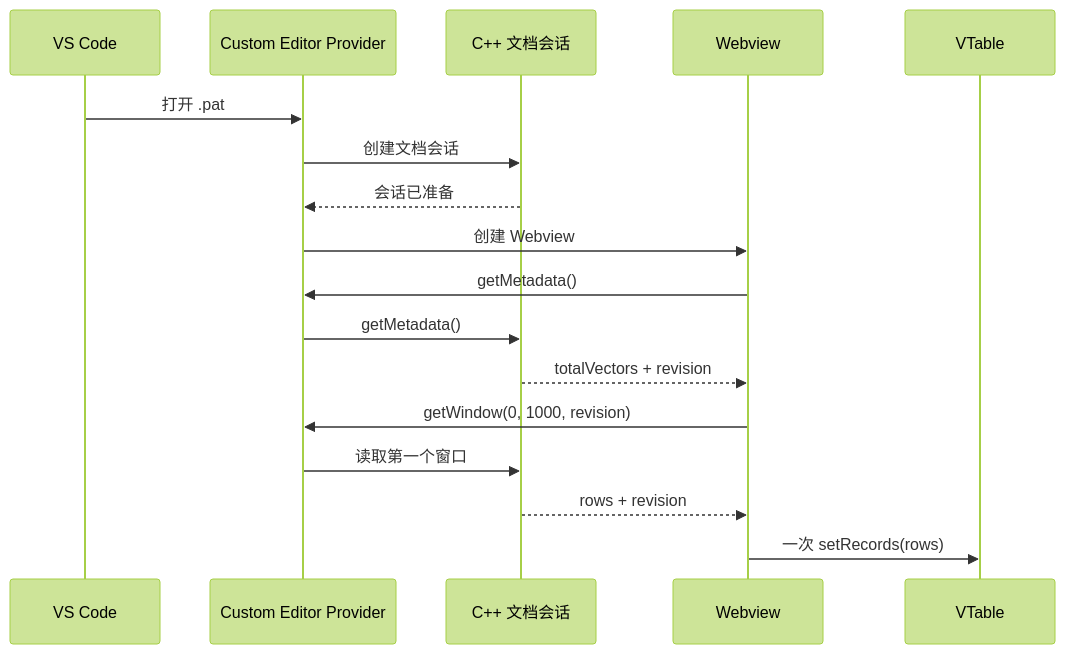
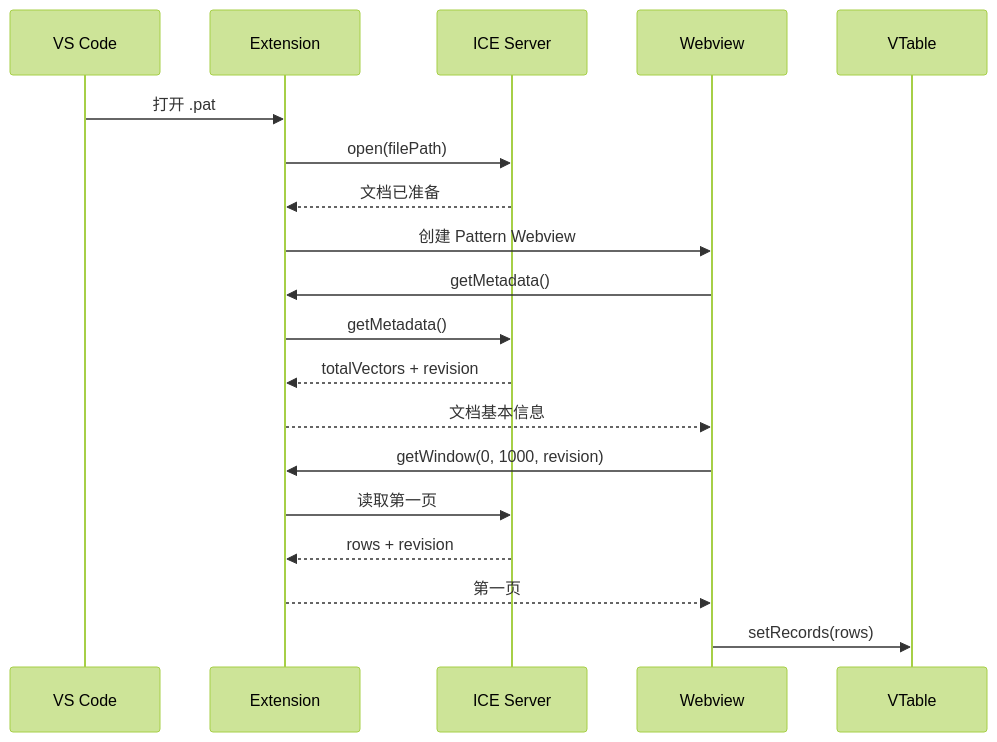
Before and after one commit to a306796405/huge-vtable: the sixth of 14 diagrams in docs/v22-lite-markdown-technical-solution.md, drawn with Mermaid (forest theme). The commit also changed other lines of this file and 2 other files, not shown here.

Commit message:
docs: rewrite pattern solution for frontend and ice server

````diff
--- a/docs/v22-lite-markdown-technical-solution.md
+++ b/docs/v22-lite-markdown-technical-solution.md
@@ -266,20 +360,22 @@
 ```mermaid
 sequenceDiagram
-    participant VS as VS Code
-    participant P as Custom Editor Provider
-    participant B as C++ 文档会话
+    participant V as VS Code
+    participant E as Extension
+    participant I as ICE Server
     participant W as Webview
     participant T as VTable
 
-    VS->>P: 打开 .pat
-    P->>B: 创建文档会话
-    B-->>P: 会话已准备
-    P->>W: 创建 Webview
-    W->>P: getMetadata()
-    P->>B: getMetadata()
-    B-->>W: totalVectors + revision
-    W->>P: getWindow(0, 1000, revision)
-    P->>B: 读取第一个窗口
-    B-->>W: rows + revision
-    W->>T: 一次 setRecords(rows)
+    V->>E: 打开 .pat
+    E->>I: open(filePath)
+    I-->>E: 文档已准备
+    E->>W: 创建 Pattern Webview
+    W->>E: getMetadata()
+    E->>I: getMetadata()
+    I-->>E: totalVectors + revision
+    E-->>W: 文档基本信息
+    W->>E: getWindow(0, 1000, revision)
+    E->>I: 读取第一页
+    I-->>E: rows + revision
+    E-->>W: 第一页
+    W->>T: setRecords(rows)
 ```
````
